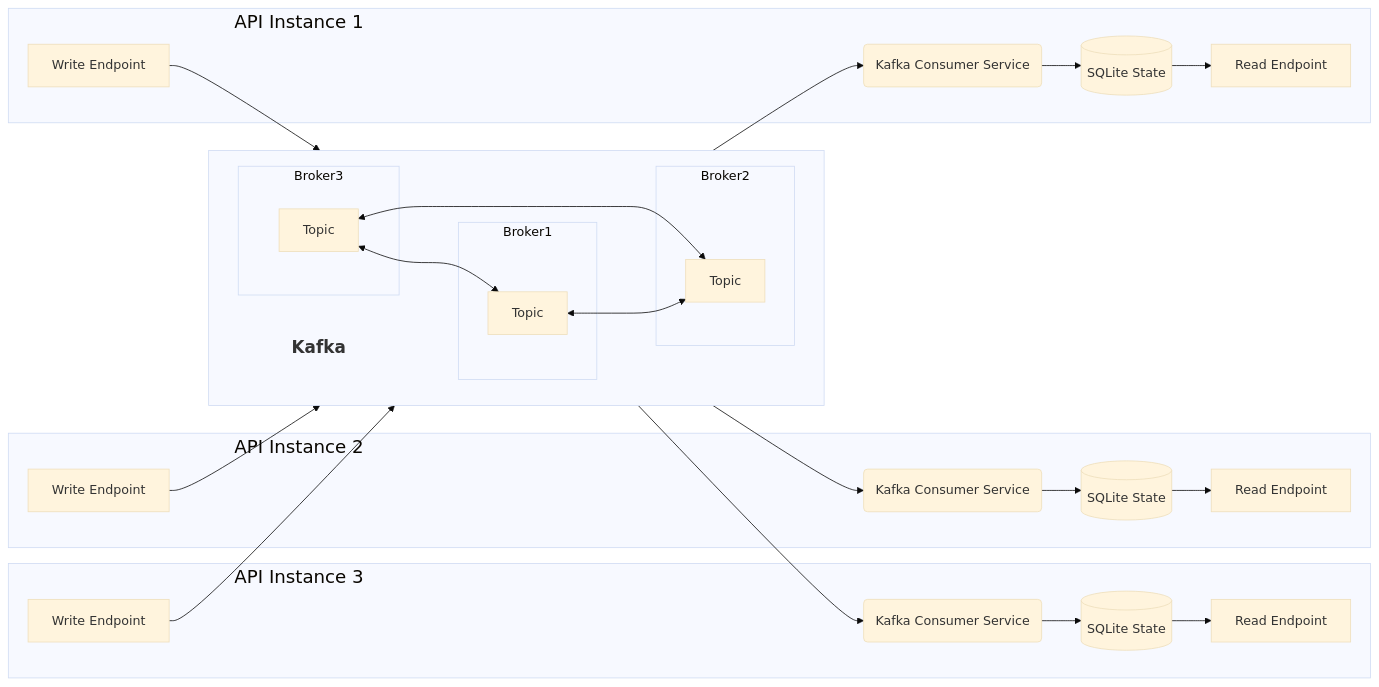
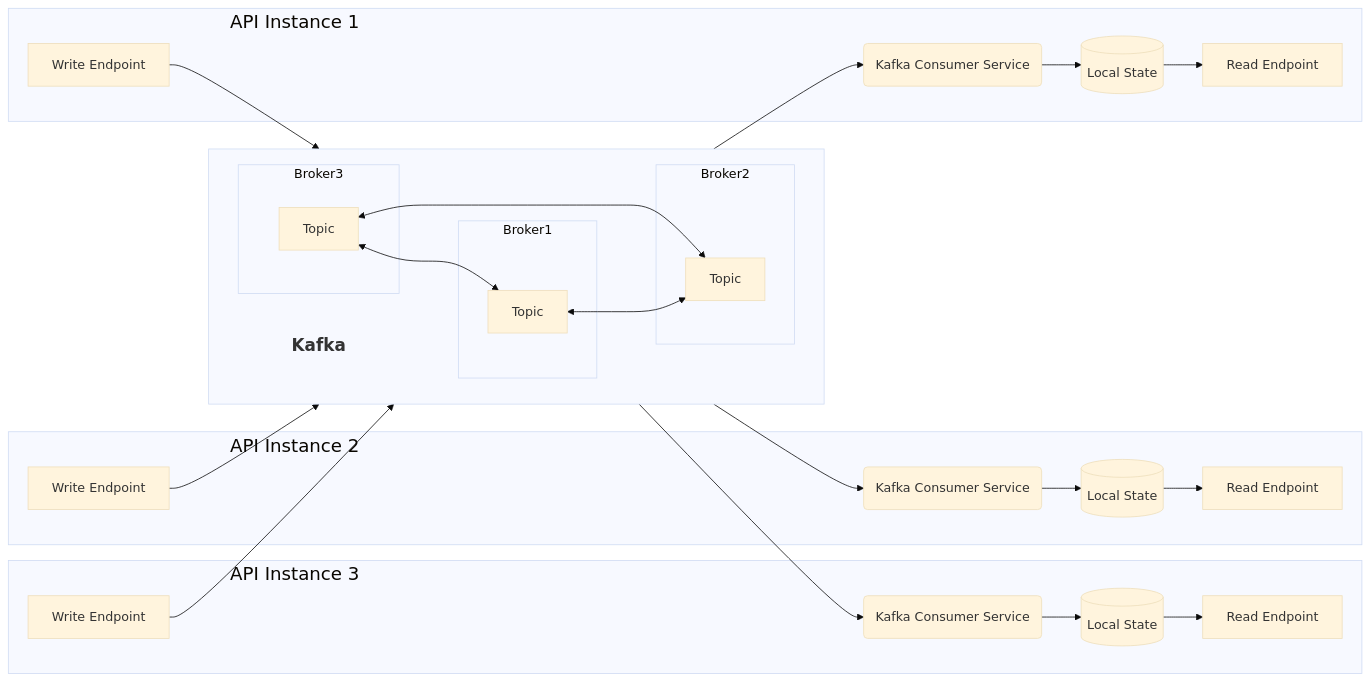
One commit to simonra/Utilities changed the second of 2 diagrams in Kafka/KeyValueApi/README.md. Above: the diagram before and after it, drawn with Mermaid (base theme). The commit also changed other lines of this file, not shown here.

Commit message:
Kafka KvApi: Update some wording in the readme

````diff
--- a/Kafka/KeyValueApi/README.md
+++ b/Kafka/KeyValueApi/README.md
@@ -52,64 +54,64 @@
 ```mermaid
 
 flowchart LR
     subgraph api3[API Instance 3]
         api3_endpoint_input[Write Endpoint]
         api3_endpoint_output[Read Endpoint]
         api3_kafka_consumer(Kafka Consumer Service)
-        api3_internal_state[(SQLite State)]
+        api3_internal_state[(Local State)]
         api3_kafka_consumer-->api3_internal_state
         api3_internal_state-->api3_endpoint_output
     end
 
     subgraph api2[API Instance 2]
         api2_endpoint_input[Write Endpoint]
         api2_endpoint_output[Read Endpoint]
         api2_kafka_consumer(Kafka Consumer Service)
-        api2_internal_state[(SQLite State)]
+        api2_internal_state[(Local State)]
         api2_kafka_consumer-->api2_internal_state
         api2_internal_state-->api2_endpoint_output
     end
 
     subgraph api1[API Instance 1]
         api1_endpoint_input[Write Endpoint]
         api1_endpoint_output[Read Endpoint]
         api1_kafka_consumer(Kafka Consumer Service)
-        api1_internal_state[(SQLite State)]
+        api1_internal_state[(Local State)]
         api1_kafka_consumer-->api1_internal_state
         api1_internal_state-->api1_endpoint_output
     end
 
     subgraph Kafka[ ]
         direction LR
         kafka_graph_label[Kafka]
         kafka_graph_label~~~Broker1
         subgraph Broker1
             broker1_topic1[Topic]
         end
         subgraph Broker2
             broker2_topic1[Topic]
         end
         subgraph Broker3
             broker3_topic1[Topic]
         end
         %% Broker1<-->Broker2<-->Broker3<-->Broker1
         broker1_topic1<-->broker2_topic1<-->broker3_topic1<-->broker1_topic1
     end
     %% api1_endpoint_output~~~api2_endpoint_output~~~api3_endpoint_output
 
     api1_endpoint_input-->Kafka
     api2_endpoint_input-->Kafka
     api3_endpoint_input-->Kafka
 
     Kafka-->api1_kafka_consumer
     Kafka-->api2_kafka_consumer
     Kafka-->api3_kafka_consumer
 
     classDef kafkaLabel font-size:1.1em, font-weight:bold, fill:none, stroke:none;
     class kafka_graph_label kafkaLabel;
     %% class Kafka kafkaLabel;
     classDef instanceLabel font-size:1.2em, margin-right:50em;
     class api1 instanceLabel;
     class api2 instanceLabel;
     class api3 instanceLabel;
 ```
````
